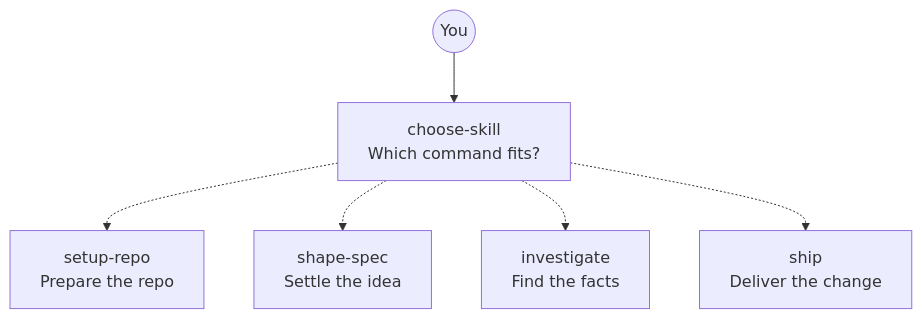
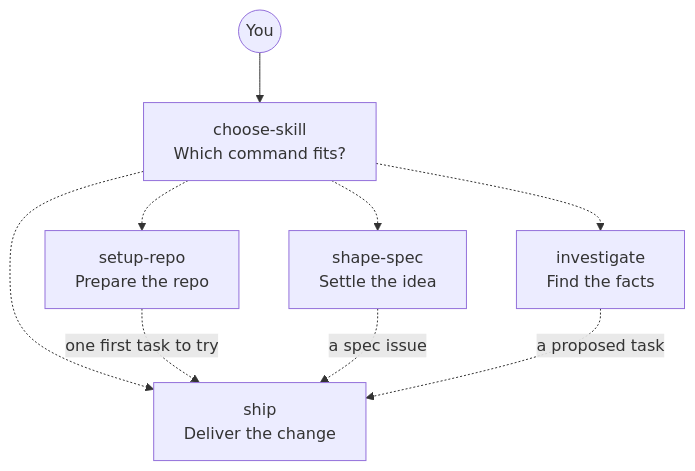
One commit to Ilian-Allaf/skillstack changed the second of 9 diagrams in skills/README.md. Above: the diagram before and after it, drawn with Mermaid. The commit also changed other lines of this file and 1 other file, not shown here.

First line of the commit message:
Bring the map's diagrams in line with the skills

````diff
--- a/skills/README.md
+++ b/skills/README.md
@@ -46,15 +46,18 @@
 ```mermaid
 flowchart TB
   you(("You"))
   choose["choose-skill<br/>Which command fits?"]
   setup["setup-repo<br/>Prepare the repo"]
   shape["shape-spec<br/>Settle the idea"]
   investigate["investigate<br/>Find the facts"]
   ship["ship<br/>Deliver the change"]
 
   you --> choose
   choose -.-> setup
   choose -.-> shape
   choose -.-> investigate
   choose -.-> ship
+  setup -.->|one first task to try| ship
+  shape -.->|a spec issue| ship
+  investigate -.->|a proposed task| ship
 ```
````
